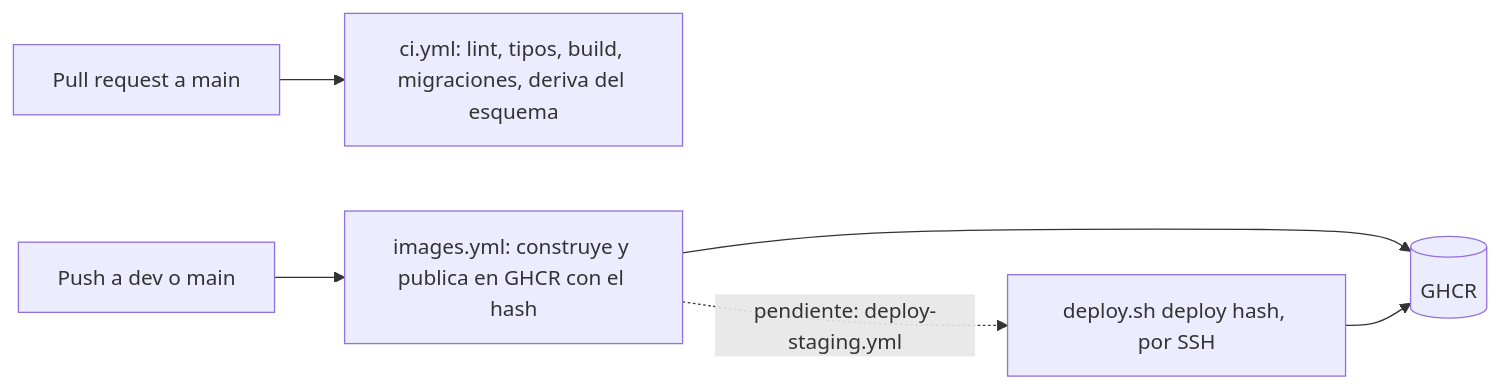
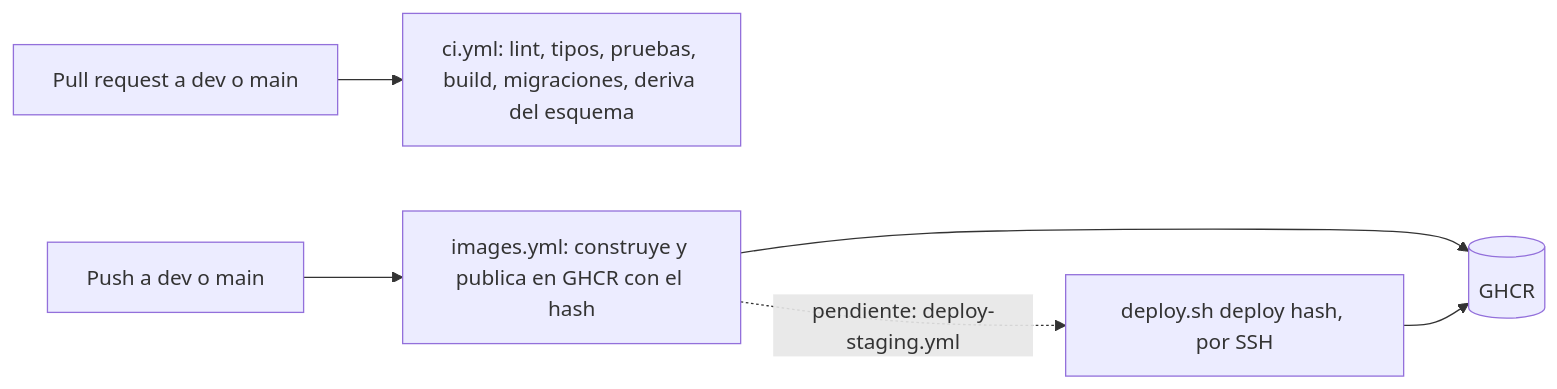
One commit to clapi-labs/clapi-dispatch changed the seventh of 7 diagrams in docs/INFRAESTRUCTURA.md. Above: the diagram before and after it, drawn with Mermaid. The commit also changed other lines of this file and 4 other files, not shown here.

````diff
--- a/docs/INFRAESTRUCTURA.md
+++ b/docs/INFRAESTRUCTURA.md
@@ -333,8 +333,8 @@
 ```mermaid
 flowchart LR
-    PR[Pull request a main] --> CI["ci.yml: lint, tipos, build, migraciones, deriva del esquema"]
+    PR[Pull request a dev o main] --> CI["ci.yml: lint, tipos, pruebas, build, migraciones, deriva del esquema"]
     PUSH[Push a dev o main] --> IMG["images.yml: construye y publica en GHCR con el hash"]
     IMG --> GHCR[(GHCR)]
     MANUAL["deploy.sh deploy hash, por SSH"] --> GHCR
     IMG -. "pendiente: deploy-staging.yml" .-> MANUAL
 ```
````
